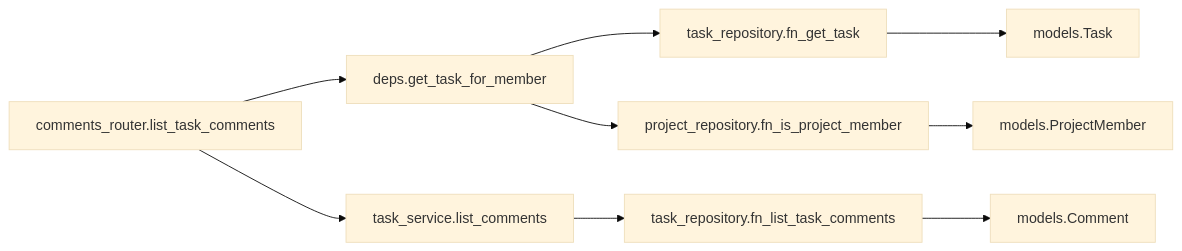
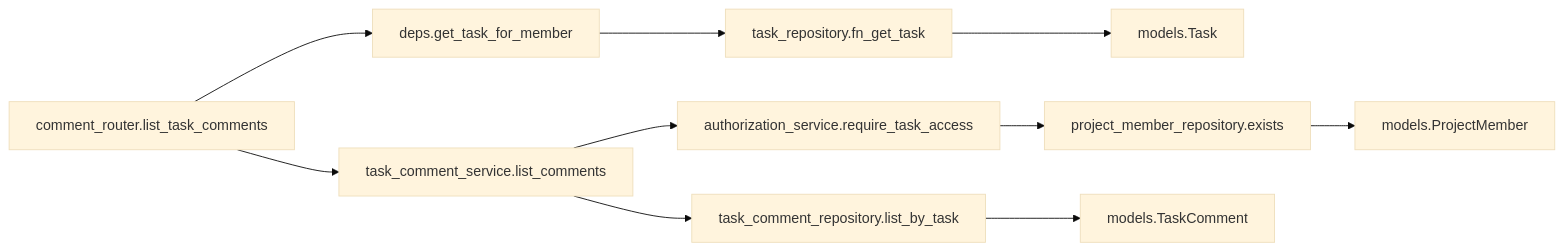
The third of 4 diagrams in docs/detailed_design/api/tasks/06_get_task_comments.md (oikawa-d/task_management), drawn with Mermaid (base theme) before and after one commit. The commit also changed other lines of this file and 8 other files, not shown here.

````diff
--- a/docs/detailed_design/api/tasks/06_get_task_comments.md
+++ b/docs/detailed_design/api/tasks/06_get_task_comments.md
@@ -208,11 +210,12 @@
 ```mermaid
 flowchart LR
-    R["comments_router.list_task_comments"] --> D["deps.get_task_for_member"]
+    R["comment_router.list_task_comments"] --> D["deps.get_task_for_member"]
     D --> TR1["task_repository.fn_get_task"]
-    D --> PR["project_repository.fn_is_project_member"]
-    R --> S["task_service.list_comments"]
-    S --> TR2["task_repository.fn_list_task_comments"]
+    A --> PR["project_member_repository.exists"]
+    R --> S["task_comment_service.list_comments"]
+    S --> A["authorization_service.require_task_access"]
+    S --> TR2["task_comment_repository.list_by_task"]
     TR1 --> M1["models.Task"]
-    TR2 --> M2["models.Comment"]
+    TR2 --> M2["models.TaskComment"]
     PR --> M3["models.ProjectMember"]
 ```
````
